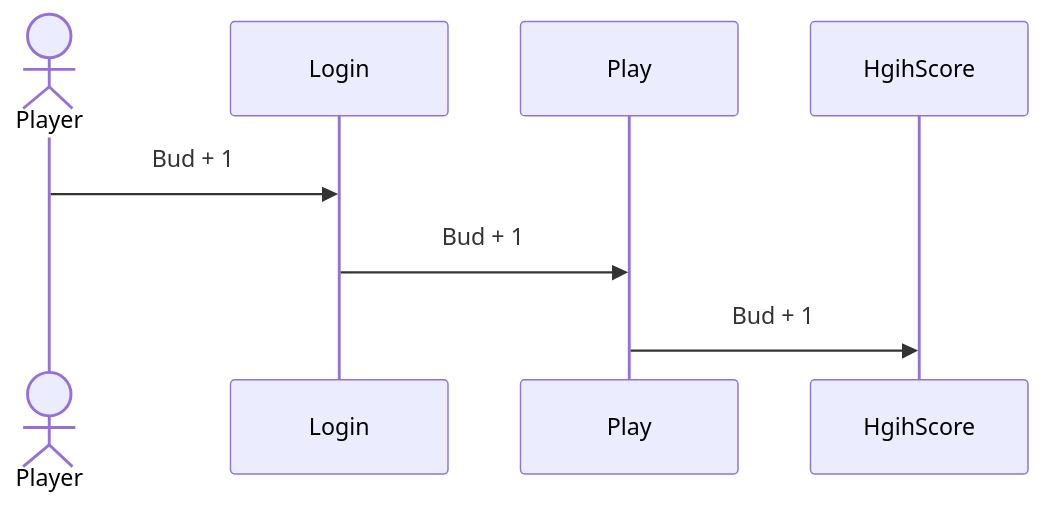
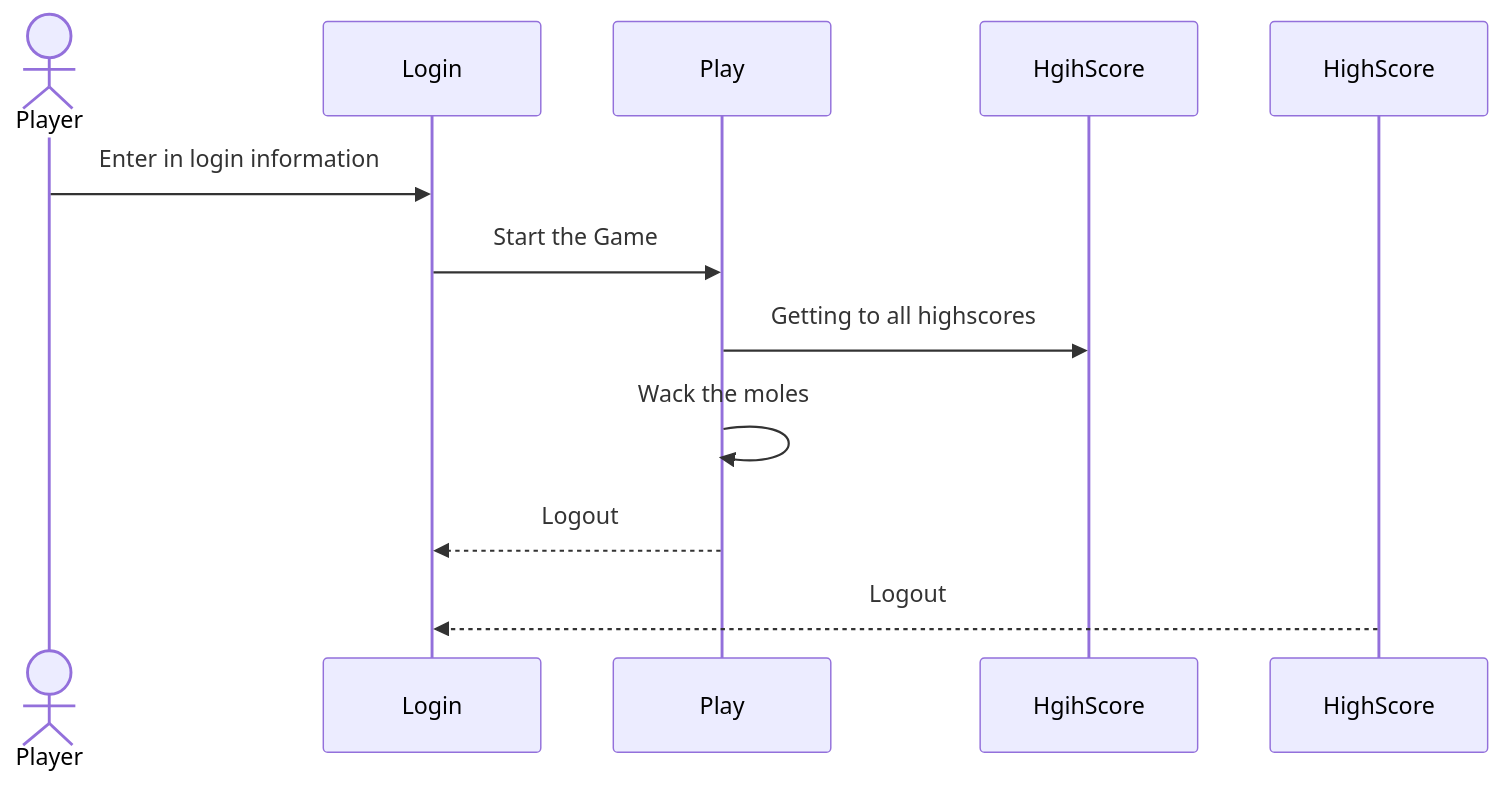
One commit to ChloeWarner03/startup changed the diagram in README.md. Above: the diagram before and after it, drawn with Mermaid.

Commit message:
Update README.md
daigram changes

````diff
--- a/README.md
+++ b/README.md
@@ -35,8 +35,10 @@
 ```mermaid
 sequenceDiagram
     actor Player
-    Player->>Login: Bud + 1
-    Login ->>Play: Bud + 1
-    Play ->>HgihScore: Bud + 1
-
+    Player->>Login: Enter in login information
+    Login ->>Play: Start the Game
+    Play ->>HgihScore: Getting to all highscores
+    Play ->>Play: Wack the moles
+    Play -->>Login: Logout
+    HighScore -->>Login: Logout
 ```
````
